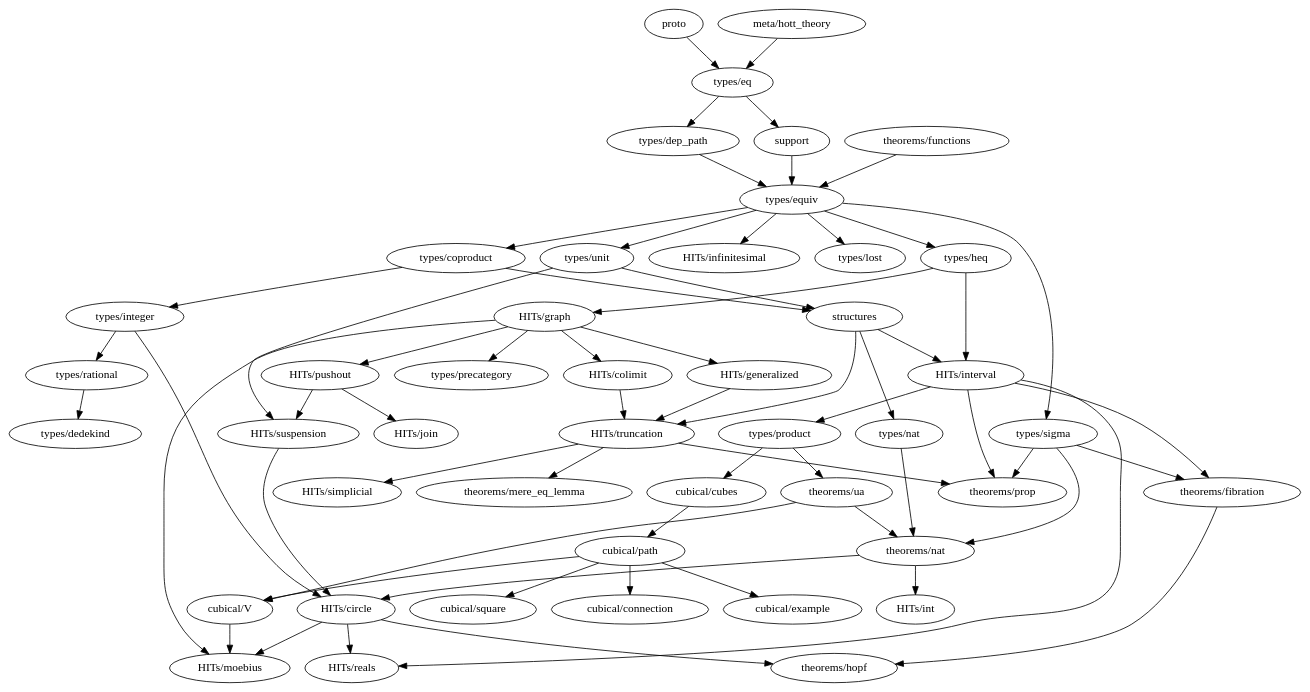
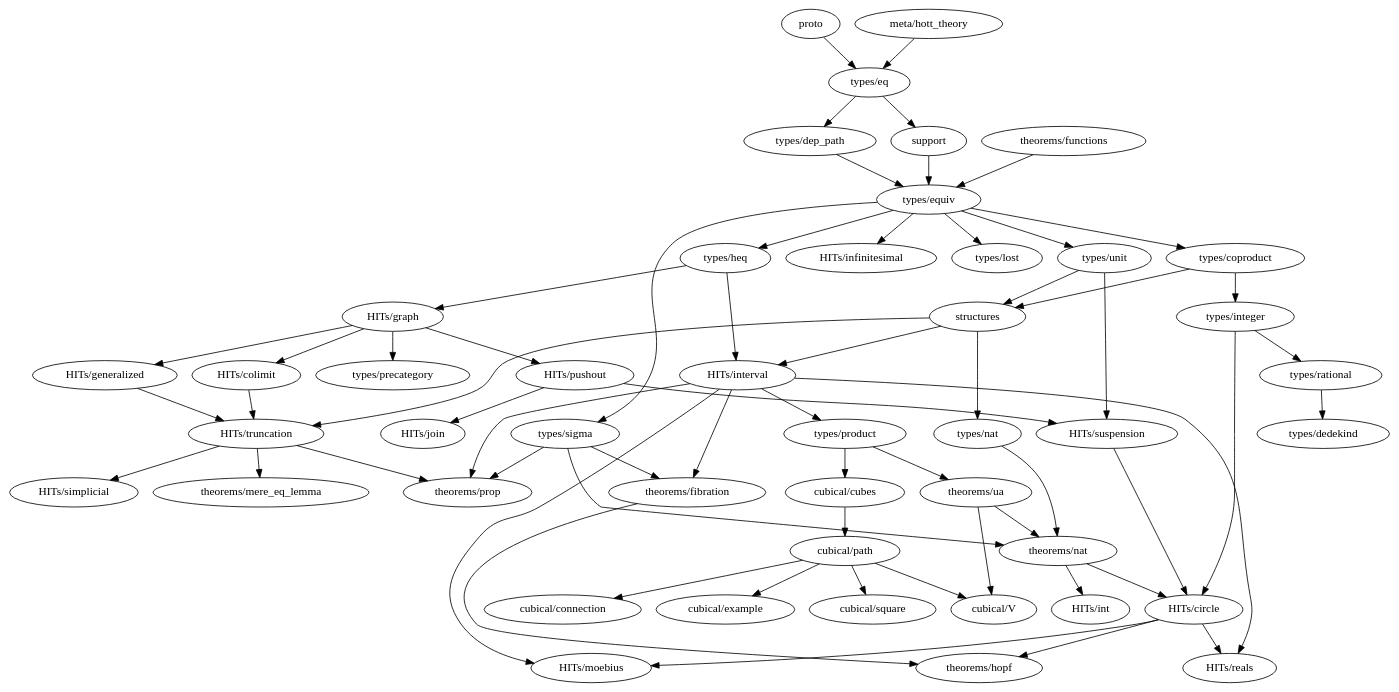
One commit to forked-from-1kasper/ground_zero changed the diagram in dependency_map.gv. Above: the diagram before and after it, drawn with Graphviz. The commit also changed 7 other files, not shown here.

```diff
--- a/dependency_map.gv
+++ b/dependency_map.gv
@@ -1,97 +1,97 @@
 digraph dependency_map {
   proto -> "types/eq"
   "meta/hott_theory" -> "types/eq"
   support -> "types/equiv"
   structures -> {
     "HITs/interval",
     "HITs/truncation",
     "types/nat"
   }
 
   subgraph types {
     "types/coproduct" -> { "types/integer", structures }
     "types/dedekind"
     "types/dep_path" -> "types/equiv"
     "types/eq" -> { "types/dep_path", support }
     "types/equiv" -> {
       "types/heq",
       "HITs/infinitesimal",
       "types/coproduct",
       "types/lost",
       "types/unit",
       "types/sigma"
     }
     "types/heq" -> {
       "HITs/interval",
       "HITs/graph"
     }
     "types/integer" -> {
       "HITs/circle",
       "types/rational"
     }
     "types/lost"
     "types/nat" -> { "theorems/nat" }
     "types/product" -> { "cubical/cubes", "theorems/ua" }
     "types/rational" -> { "types/dedekind" }
     "types/sigma" -> { "theorems/fibration", "theorems/prop", "theorems/nat" }
     "types/unit" -> { structures, "HITs/suspension" }
   }
 
   subgraph HITs {
     "HITs/circle" -> { "theorems/hopf", "HITs/moebius", "HITs/reals" }
     "HITs/colimit" -> "HITs/truncation"
     "HITs/generalized" -> "HITs/truncation"
     "HITs/graph" -> {
       "HITs/colimit",
       "HITs/generalized",
       "HITs/pushout",
-      "HITs/moebius",
       "types/precategory"
     }
     "HITs/infinitesimal"
     "HITs/interval" -> {
+      "HITs/moebius",
       "HITs/reals",
       "types/product",
       "theorems/prop",
       "theorems/fibration"
     }
     "HITs/join"
     "HITs/moebius"
     "HITs/pushout" -> {
       "HITs/join",
       "HITs/suspension"
     }
     "HITs/reals"
     "HITs/simplicial"
     "HITs/suspension" -> "HITs/circle"
     "HITs/truncation" -> {
       "theorems/mere_eq_lemma",
       "theorems/prop",
       "HITs/simplicial"
     }
   }
 
   subgraph cubical {
     "cubical/connection"
     "cubical/cubes" -> "cubical/path"
     "cubical/example"
     "cubical/path" -> {
       "cubical/square",
       "cubical/example",
       "cubical/V",
       "cubical/connection"
     }
     "cubical/square"
-    "cubical/V" -> "HITs/moebius"
+    "cubical/V"
   }
 
   subgraph theorems {
     "theorems/fibration" -> { "theorems/hopf" }
     "theorems/functions" -> { "types/equiv" }
     "theorems/hopf"
     "theorems/mere_eq_lemma"
     "theorems/nat" -> { "HITs/circle", "HITs/int" }
     "theorems/prop"
     "theorems/ua" -> { "theorems/nat", "cubical/V" }
   }
 }
```
